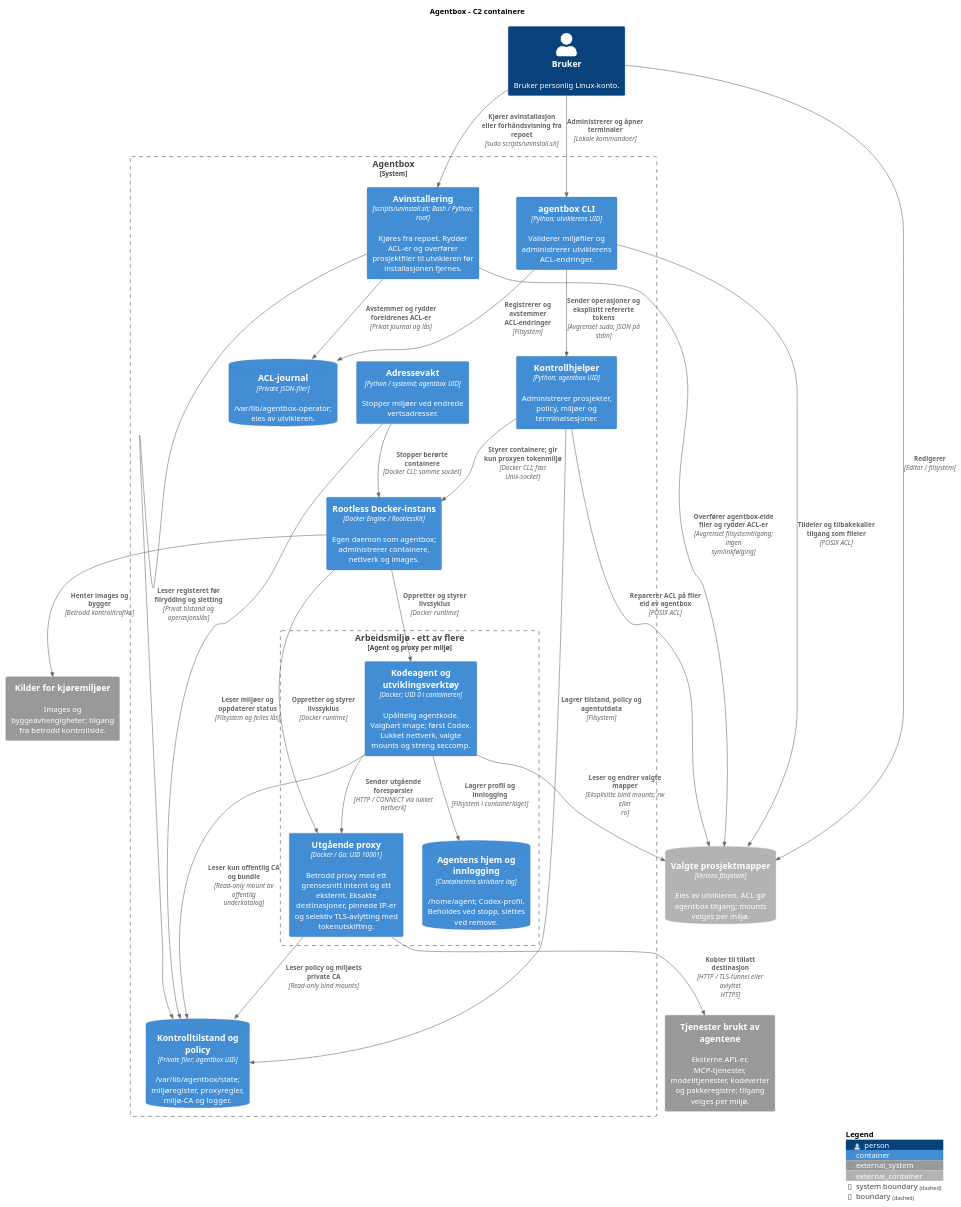
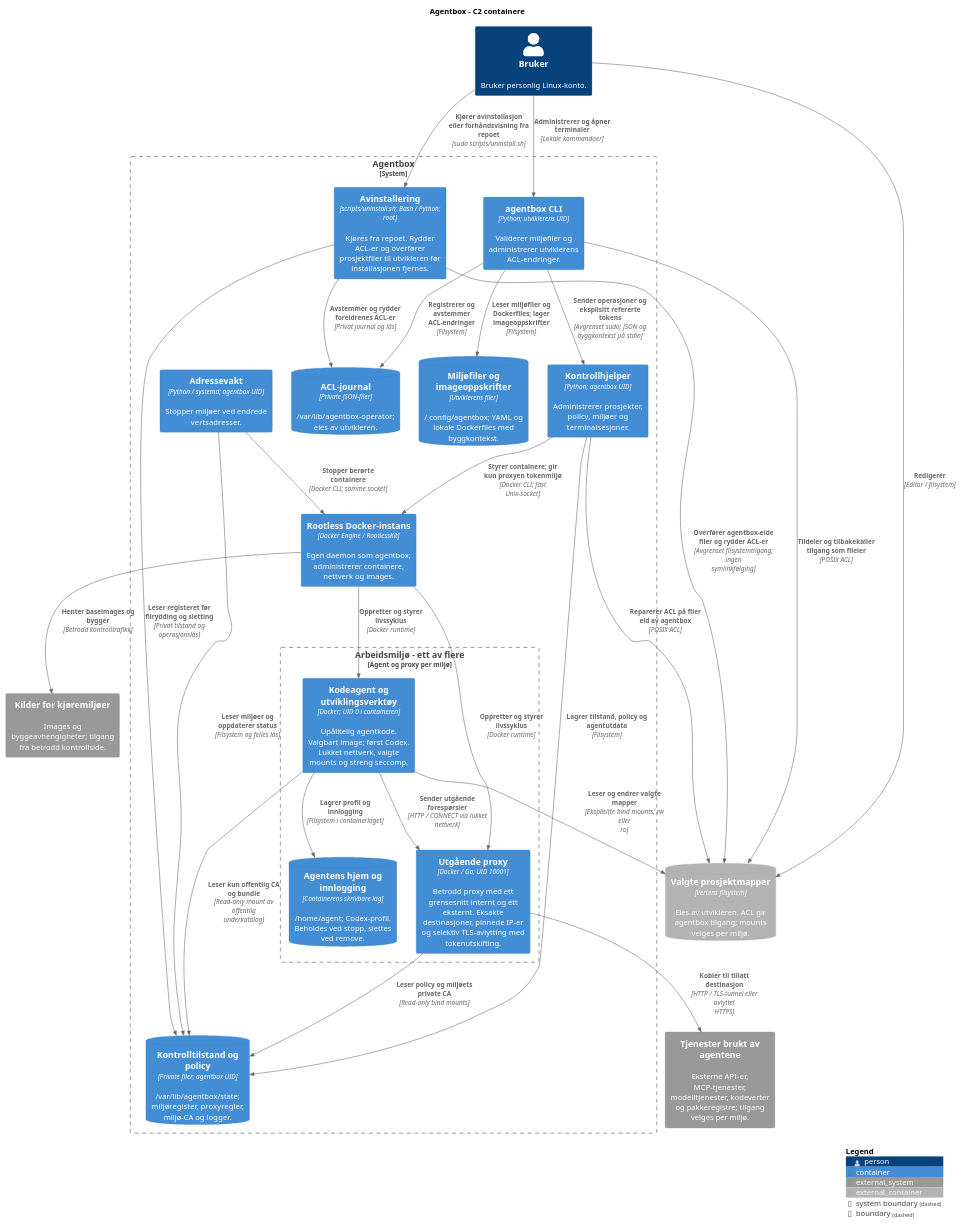
One commit to oisteink/agentbox changed the second of 3 diagrams in docs/architecture-c4.md. Above: the diagram before and after it, drawn with PlantUML. The commit also changed other lines of this file and 40 other files, not shown here.

First line of the commit message:
Build agent images from local Dockerfiles (#8)

````diff
--- a/docs/architecture-c4.md
+++ b/docs/architecture-c4.md
@@ -59,53 +59,55 @@
 ```plantuml
 @startuml agentbox-containers
 !include <C4/C4_Container>
 LAYOUT_TOP_DOWN()
 title Agentbox - C2 containere
 
 Person(developer, "Bruker", "Bruker personlig Linux-konto.")
 ContainerDb_Ext(projects, "Valgte prosjektmapper", "Vertens filsystem", "Eies av utvikleren. ACL gir agentbox tilgang; mounts velges per miljø.")
 System_Ext(services, "Tjenester brukt av agentene", "Eksterne API-er, MCP-tjenester, modelltjenester, kodeverter og pakkeregistre; tilgang velges per miljø.")
 System_Ext(registry, "Kilder for kjøremiljøer", "Images og byggeavhengigheter; tilgang fra betrodd kontrollside.")
 
 System_Boundary(agentbox, "Agentbox") {
     Container(cli, "agentbox CLI", "Python; utviklerens UID", "Validerer miljøfiler og administrerer utviklerens ACL-endringer.")
+    ContainerDb(recipes, "Miljøfiler og imageoppskrifter", "Utviklerens filer", "~/.config/agentbox; YAML og lokale Dockerfiles med byggkontekst.")
     ContainerDb(journal, "ACL-journal", "Private JSON-filer", "/var/lib/agentbox-operator; eies av utvikleren.")
     Container(control, "Kontrollhjelper", "Python; agentbox UID", "Administrerer prosjekter, policy, miljøer og terminalsesjoner.")
     Container(uninstall, "Avinstallering", "scripts/uninstall.sh; Bash / Python; root", "Kjøres fra repoet. Rydder ACL-er og overfører prosjektfiler til utvikleren før installasjonen fjernes. ")
     Container(watch, "Adressevakt", "Python / systemd; agentbox UID", "Stopper miljøer ved endrede vertsadresser.")
     ContainerDb(state, "Kontrolltilstand og policy", "Private filer; agentbox UID", "/var/lib/agentbox/state; miljøregister, proxyregler, miljø-CA og logger.")
     Container(docker, "Rootless Docker-instans", "Docker Engine / RootlessKit", "Egen daemon som agentbox; administrerer containere, nettverk og images.")
 
     Boundary(environment, "Arbeidsmiljø - ett av flere", "Agent og proxy per miljø") {
         Container(agent, "Kodeagent og utviklingsverktøy", "Docker; UID 0 i containeren", "Upålitelig agentkode. Valgbart image; først Codex. Lukket nettverk, valgte mounts og streng seccomp.")
         Container(proxy, "Utgående proxy", "Docker / Go; UID 10001", "Betrodd proxy med ett grensesnitt internt og ett eksternt. Eksakte destinasjoner, pinnede IP-er og selektiv TLS-avlytting med tokenutskifting.")
         ContainerDb(home, "Agentens hjem og innlogging", "Containerens skrivbare lag", "/home/agent; Codex-profil. Beholdes ved stopp, slettes ved remove.")
     }
 }
 
 Rel(developer, cli, "Administrerer og åpner terminaler", "Lokale kommandoer")
 Rel(developer, projects, "Redigerer", "Editor / filsystem")
+Rel(cli, recipes, "Leser miljøfiler og Dockerfiles; lager imageoppskrifter", "Filsystem")
 Rel(cli, journal, "Registrerer og avstemmer ACL-endringer", "Filsystem")
 Rel(cli, projects, "Tildeler og tilbakekaller tilgang som fileier", "POSIX ACL")
-Rel(cli, control, "Sender operasjoner og eksplisitt refererte tokens", "Avgrenset sudo; JSON på stdin")
+Rel(cli, control, "Sender operasjoner og eksplisitt refererte tokens", "Avgrenset sudo; JSON og byggkontekst på stdin")
 Rel(developer, uninstall, "Kjører avinstallasjon eller forhåndsvisning fra repoet", "sudo scripts/uninstall.sh")
 Rel(uninstall, projects, "Overfører agentbox-eide filer og rydder ACL-er", "Avgrenset filsystemtilgang; ingen symlinkfølging")
 Rel(uninstall, state, "Leser registeret før filrydding og sletting", "Privat tilstand og operasjonslås")
 Rel(uninstall, journal, "Avstemmer og rydder foreldrenes ACL-er", "Privat journal og lås")
 Rel(control, projects, "Reparerer ACL på filer eid av agentbox", "POSIX ACL")
 Rel(control, state, "Lagrer tilstand, policy og agentutdata", "Filsystem")
 Rel(watch, state, "Leser miljøer og oppdaterer status", "Filsystem og felles lås")
 Rel(control, docker, "Styrer containere; gir kun proxyen tokenmiljø", "Docker CLI; fast Unix-socket")
 Rel(watch, docker, "Stopper berørte containere", "Docker CLI; samme socket")
 Rel(docker, agent, "Oppretter og styrer livssyklus", "Docker runtime")
 Rel(docker, proxy, "Oppretter og styrer livssyklus", "Docker runtime")
-Rel(docker, registry, "Henter images og bygger", "Betrodd kontrolltrafikk")
+Rel(docker, registry, "Henter baseimages og bygger", "Betrodd kontrolltrafikk")
 Rel(agent, projects, "Leser og endrer valgte mapper", "Eksplisitte bind mounts; rw eller ro")
 Rel(agent, home, "Lagrer profil og innlogging", "Filsystem i containerlaget")
 Rel(agent, proxy, "Sender utgående forespørsler", "HTTP / CONNECT via lukket nettverk")
 Rel(proxy, state, "Leser policy og miljøets private CA", "Read-only bind mounts")
 Rel(agent, state, "Leser kun offentlig CA og bundle", "Read-only mount av offentlig underkatalog")
 Rel(proxy, services, "Kobler til tillatt destinasjon", "HTTP / TLS-tunnel eller avlyttet HTTPS")
 SHOW_LEGEND()
 @enduml
 ```
````
